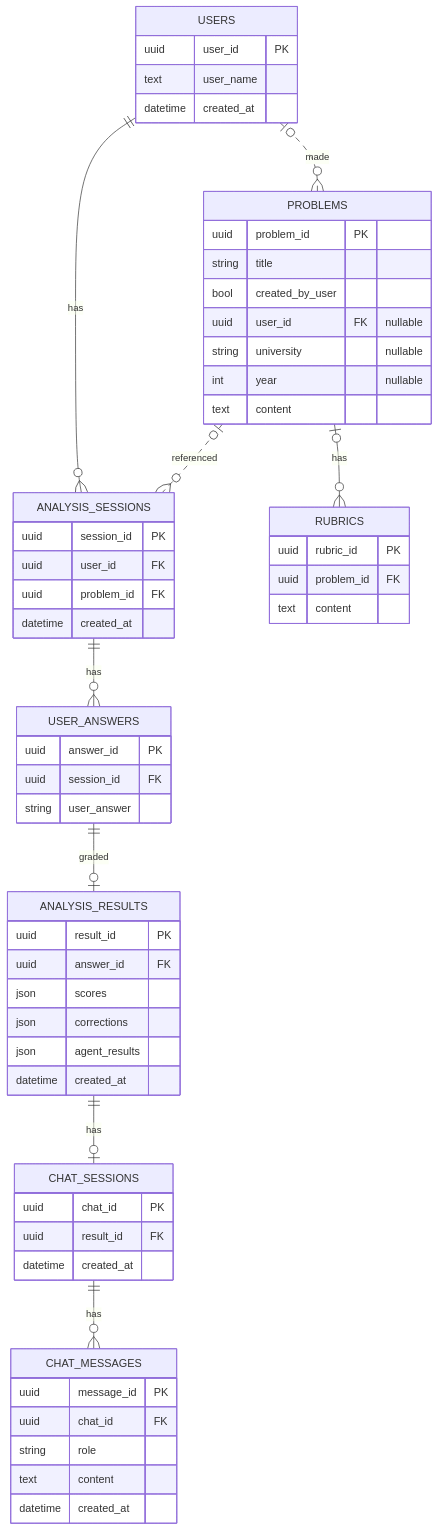
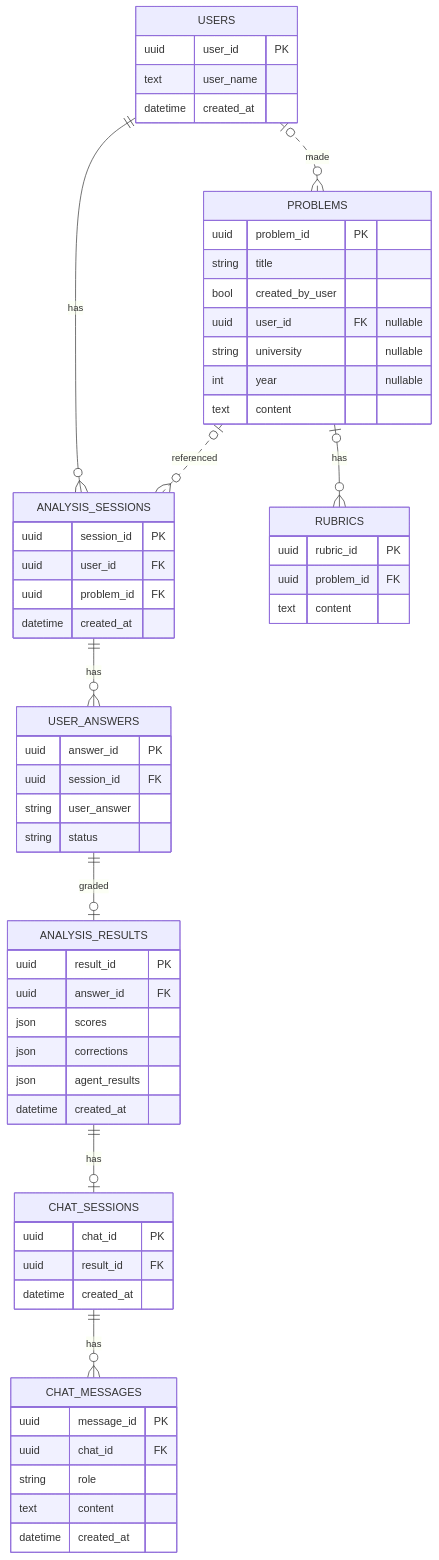
The diagram in 설계문서/ERD.md (bookyoulove/paragraphy), drawn with Mermaid before and after one commit. The commit also changed 3 other files, not shown here.

````diff
--- a/설계문서/ERD.md
+++ b/설계문서/ERD.md
@@ -1,69 +1,70 @@
 ```mermaid
 erDiagram
     USERS ||--o{ ANALYSIS_SESSIONS : has
     USERS |o..o{ PROBLEMS : made
     PROBLEMS |o--o{ RUBRICS : has
     ANALYSIS_SESSIONS ||--o{ USER_ANSWERS : has
     USER_ANSWERS ||--o| ANALYSIS_RESULTS : graded
     PROBLEMS |o..o{ ANALYSIS_SESSIONS : referenced
     ANALYSIS_RESULTS ||--o| CHAT_SESSIONS : has
     CHAT_SESSIONS ||--o{ CHAT_MESSAGES : has
 
     USERS {
         uuid user_id PK
         text user_name
         datetime created_at
     }
 
     PROBLEMS {
         uuid problem_id PK
         string title
         bool created_by_user
         uuid user_id FK "nullable"
         string university "nullable"
         int year "nullable"
         text content
     }
 
     RUBRICS {
         uuid rubric_id PK
         uuid problem_id FK
         text content
     }
 
     ANALYSIS_SESSIONS {
         uuid session_id PK
         uuid user_id FK
         uuid problem_id FK
         datetime created_at
     }
 
     USER_ANSWERS {
         uuid answer_id PK
         uuid session_id FK
         string user_answer
+        string status
     }
 
     ANALYSIS_RESULTS {
         uuid result_id PK
         uuid answer_id FK
         json scores
         json corrections
         json agent_results
         datetime created_at
     }
 
     CHAT_SESSIONS {
         uuid chat_id PK
         uuid result_id FK
         datetime created_at
     }
 
     CHAT_MESSAGES {
         uuid message_id PK
         uuid chat_id FK
         string role
         text content
         datetime created_at
     }
 ```
````
